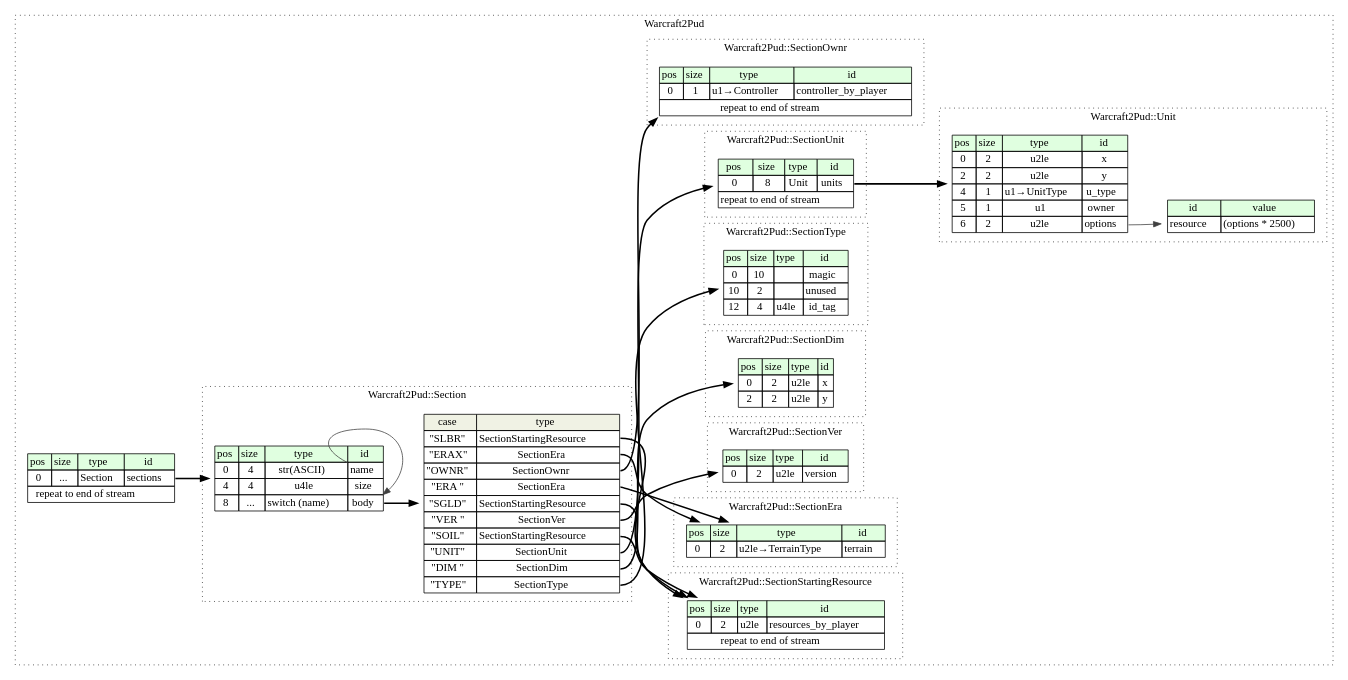
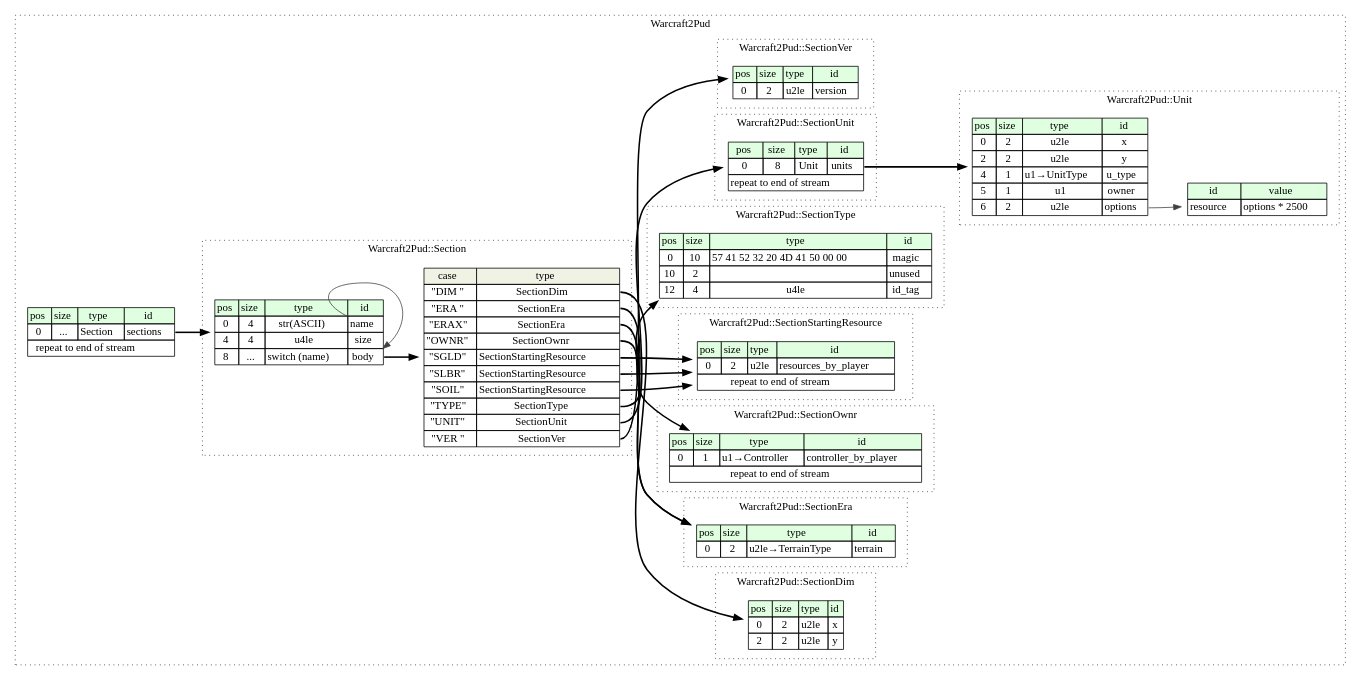
One commit to kaitai-io/formats-kaitai-io.github.io changed the diagram in warcraft_2_pud/src/graphviz/warcraft_2_pud.dot. Above: the diagram before and after it, drawn with Graphviz. The commit also changed 6539 other files, not shown here.

```diff
--- a/warcraft_2_pud/src/graphviz/warcraft_2_pud.dot
+++ b/warcraft_2_pud/src/graphviz/warcraft_2_pud.dot
@@ -1,139 +1,139 @@
 digraph {
 	rankdir=LR;
 	node [shape=plaintext];
 	subgraph cluster__warcraft_2_pud {
 		label="Warcraft2Pud";
 		graph[style=dotted];
 
 		warcraft_2_pud__seq [label=<<TABLE BORDER="0" CELLBORDER="1" CELLSPACING="0">
 			<TR><TD BGCOLOR="#E0FFE0">pos</TD><TD BGCOLOR="#E0FFE0">size</TD><TD BGCOLOR="#E0FFE0">type</TD><TD BGCOLOR="#E0FFE0">id</TD></TR>
 			<TR><TD PORT="sections_pos">0</TD><TD PORT="sections_size">...</TD><TD>Section</TD><TD PORT="sections_type">sections</TD></TR>
 			<TR><TD COLSPAN="4" PORT="sections__repeat">repeat to end of stream</TD></TR>
 		</TABLE>>];
-		subgraph cluster__section_starting_resource {
-			label="Warcraft2Pud::SectionStartingResource";
+		subgraph cluster__section {
+			label="Warcraft2Pud::Section";
 			graph[style=dotted];
 
-			section_starting_resource__seq [label=<<TABLE BORDER="0" CELLBORDER="1" CELLSPACING="0">
+			section__seq [label=<<TABLE BORDER="0" CELLBORDER="1" CELLSPACING="0">
 				<TR><TD BGCOLOR="#E0FFE0">pos</TD><TD BGCOLOR="#E0FFE0">size</TD><TD BGCOLOR="#E0FFE0">type</TD><TD BGCOLOR="#E0FFE0">id</TD></TR>
-				<TR><TD PORT="resources_by_player_pos">0</TD><TD PORT="resources_by_player_size">2</TD><TD>u2le</TD><TD PORT="resources_by_player_type">resources_by_player</TD></TR>
-				<TR><TD COLSPAN="4" PORT="resources_by_player__repeat">repeat to end of stream</TD></TR>
+				<TR><TD PORT="name_pos">0</TD><TD PORT="name_size">4</TD><TD>str(ASCII)</TD><TD PORT="name_type">name</TD></TR>
+				<TR><TD PORT="size_pos">4</TD><TD PORT="size_size">4</TD><TD>u4le</TD><TD PORT="size_type">size</TD></TR>
+				<TR><TD PORT="body_pos">8</TD><TD PORT="body_size">...</TD><TD>switch (name)</TD><TD PORT="body_type">body</TD></TR>
+			</TABLE>>];
+section__seq_body_switch [label=<<TABLE BORDER="0" CELLBORDER="1" CELLSPACING="0">
+	<TR><TD BGCOLOR="#F0F2E4">case</TD><TD BGCOLOR="#F0F2E4">type</TD></TR>
+	<TR><TD>&quot;DIM &quot;</TD><TD PORT="case0">SectionDim</TD></TR>
+	<TR><TD>&quot;ERA &quot;</TD><TD PORT="case1">SectionEra</TD></TR>
+	<TR><TD>&quot;ERAX&quot;</TD><TD PORT="case2">SectionEra</TD></TR>
+	<TR><TD>&quot;OWNR&quot;</TD><TD PORT="case3">SectionOwnr</TD></TR>
+	<TR><TD>&quot;SGLD&quot;</TD><TD PORT="case4">SectionStartingResource</TD></TR>
+	<TR><TD>&quot;SLBR&quot;</TD><TD PORT="case5">SectionStartingResource</TD></TR>
+	<TR><TD>&quot;SOIL&quot;</TD><TD PORT="case6">SectionStartingResource</TD></TR>
+	<TR><TD>&quot;TYPE&quot;</TD><TD PORT="case7">SectionType</TD></TR>
+	<TR><TD>&quot;UNIT&quot;</TD><TD PORT="case8">SectionUnit</TD></TR>
+	<TR><TD>&quot;VER &quot;</TD><TD PORT="case9">SectionVer</TD></TR>
+</TABLE>>];
+		}
+		subgraph cluster__section_dim {
+			label="Warcraft2Pud::SectionDim";
+			graph[style=dotted];
+
+			section_dim__seq [label=<<TABLE BORDER="0" CELLBORDER="1" CELLSPACING="0">
+				<TR><TD BGCOLOR="#E0FFE0">pos</TD><TD BGCOLOR="#E0FFE0">size</TD><TD BGCOLOR="#E0FFE0">type</TD><TD BGCOLOR="#E0FFE0">id</TD></TR>
+				<TR><TD PORT="x_pos">0</TD><TD PORT="x_size">2</TD><TD>u2le</TD><TD PORT="x_type">x</TD></TR>
+				<TR><TD PORT="y_pos">2</TD><TD PORT="y_size">2</TD><TD>u2le</TD><TD PORT="y_type">y</TD></TR>
 			</TABLE>>];
 		}
 		subgraph cluster__section_era {
 			label="Warcraft2Pud::SectionEra";
 			graph[style=dotted];
 
 			section_era__seq [label=<<TABLE BORDER="0" CELLBORDER="1" CELLSPACING="0">
 				<TR><TD BGCOLOR="#E0FFE0">pos</TD><TD BGCOLOR="#E0FFE0">size</TD><TD BGCOLOR="#E0FFE0">type</TD><TD BGCOLOR="#E0FFE0">id</TD></TR>
 				<TR><TD PORT="terrain_pos">0</TD><TD PORT="terrain_size">2</TD><TD>u2le→TerrainType</TD><TD PORT="terrain_type">terrain</TD></TR>
 			</TABLE>>];
 		}
-		subgraph cluster__section_ver {
-			label="Warcraft2Pud::SectionVer";
+		subgraph cluster__section_ownr {
+			label="Warcraft2Pud::SectionOwnr";
 			graph[style=dotted];
 
-			section_ver__seq [label=<<TABLE BORDER="0" CELLBORDER="1" CELLSPACING="0">
+			section_ownr__seq [label=<<TABLE BORDER="0" CELLBORDER="1" CELLSPACING="0">
 				<TR><TD BGCOLOR="#E0FFE0">pos</TD><TD BGCOLOR="#E0FFE0">size</TD><TD BGCOLOR="#E0FFE0">type</TD><TD BGCOLOR="#E0FFE0">id</TD></TR>
-				<TR><TD PORT="version_pos">0</TD><TD PORT="version_size">2</TD><TD>u2le</TD><TD PORT="version_type">version</TD></TR>
+				<TR><TD PORT="controller_by_player_pos">0</TD><TD PORT="controller_by_player_size">1</TD><TD>u1→Controller</TD><TD PORT="controller_by_player_type">controller_by_player</TD></TR>
+				<TR><TD COLSPAN="4" PORT="controller_by_player__repeat">repeat to end of stream</TD></TR>
 			</TABLE>>];
 		}
-		subgraph cluster__section_dim {
-			label="Warcraft2Pud::SectionDim";
+		subgraph cluster__section_starting_resource {
+			label="Warcraft2Pud::SectionStartingResource";
 			graph[style=dotted];
 
-			section_dim__seq [label=<<TABLE BORDER="0" CELLBORDER="1" CELLSPACING="0">
+			section_starting_resource__seq [label=<<TABLE BORDER="0" CELLBORDER="1" CELLSPACING="0">
 				<TR><TD BGCOLOR="#E0FFE0">pos</TD><TD BGCOLOR="#E0FFE0">size</TD><TD BGCOLOR="#E0FFE0">type</TD><TD BGCOLOR="#E0FFE0">id</TD></TR>
-				<TR><TD PORT="x_pos">0</TD><TD PORT="x_size">2</TD><TD>u2le</TD><TD PORT="x_type">x</TD></TR>
-				<TR><TD PORT="y_pos">2</TD><TD PORT="y_size">2</TD><TD>u2le</TD><TD PORT="y_type">y</TD></TR>
+				<TR><TD PORT="resources_by_player_pos">0</TD><TD PORT="resources_by_player_size">2</TD><TD>u2le</TD><TD PORT="resources_by_player_type">resources_by_player</TD></TR>
+				<TR><TD COLSPAN="4" PORT="resources_by_player__repeat">repeat to end of stream</TD></TR>
 			</TABLE>>];
 		}
 		subgraph cluster__section_type {
 			label="Warcraft2Pud::SectionType";
 			graph[style=dotted];
 
 			section_type__seq [label=<<TABLE BORDER="0" CELLBORDER="1" CELLSPACING="0">
 				<TR><TD BGCOLOR="#E0FFE0">pos</TD><TD BGCOLOR="#E0FFE0">size</TD><TD BGCOLOR="#E0FFE0">type</TD><TD BGCOLOR="#E0FFE0">id</TD></TR>
-				<TR><TD PORT="magic_pos">0</TD><TD PORT="magic_size">10</TD><TD></TD><TD PORT="magic_type">magic</TD></TR>
+				<TR><TD PORT="magic_pos">0</TD><TD PORT="magic_size">10</TD><TD>57 41 52 32 20 4D 41 50 00 00</TD><TD PORT="magic_type">magic</TD></TR>
 				<TR><TD PORT="unused_pos">10</TD><TD PORT="unused_size">2</TD><TD></TD><TD PORT="unused_type">unused</TD></TR>
 				<TR><TD PORT="id_tag_pos">12</TD><TD PORT="id_tag_size">4</TD><TD>u4le</TD><TD PORT="id_tag_type">id_tag</TD></TR>
 			</TABLE>>];
 		}
 		subgraph cluster__section_unit {
 			label="Warcraft2Pud::SectionUnit";
 			graph[style=dotted];
 
 			section_unit__seq [label=<<TABLE BORDER="0" CELLBORDER="1" CELLSPACING="0">
 				<TR><TD BGCOLOR="#E0FFE0">pos</TD><TD BGCOLOR="#E0FFE0">size</TD><TD BGCOLOR="#E0FFE0">type</TD><TD BGCOLOR="#E0FFE0">id</TD></TR>
 				<TR><TD PORT="units_pos">0</TD><TD PORT="units_size">8</TD><TD>Unit</TD><TD PORT="units_type">units</TD></TR>
 				<TR><TD COLSPAN="4" PORT="units__repeat">repeat to end of stream</TD></TR>
 			</TABLE>>];
 		}
-		subgraph cluster__section {
-			label="Warcraft2Pud::Section";
+		subgraph cluster__section_ver {
+			label="Warcraft2Pud::SectionVer";
 			graph[style=dotted];
 
-			section__seq [label=<<TABLE BORDER="0" CELLBORDER="1" CELLSPACING="0">
+			section_ver__seq [label=<<TABLE BORDER="0" CELLBORDER="1" CELLSPACING="0">
 				<TR><TD BGCOLOR="#E0FFE0">pos</TD><TD BGCOLOR="#E0FFE0">size</TD><TD BGCOLOR="#E0FFE0">type</TD><TD BGCOLOR="#E0FFE0">id</TD></TR>
-				<TR><TD PORT="name_pos">0</TD><TD PORT="name_size">4</TD><TD>str(ASCII)</TD><TD PORT="name_type">name</TD></TR>
-				<TR><TD PORT="size_pos">4</TD><TD PORT="size_size">4</TD><TD>u4le</TD><TD PORT="size_type">size</TD></TR>
-				<TR><TD PORT="body_pos">8</TD><TD PORT="body_size">...</TD><TD>switch (name)</TD><TD PORT="body_type">body</TD></TR>
-			</TABLE>>];
-section__seq_body_switch [label=<<TABLE BORDER="0" CELLBORDER="1" CELLSPACING="0">
-	<TR><TD BGCOLOR="#F0F2E4">case</TD><TD BGCOLOR="#F0F2E4">type</TD></TR>
-	<TR><TD>&quot;SLBR&quot;</TD><TD PORT="case0">SectionStartingResource</TD></TR>
-	<TR><TD>&quot;ERAX&quot;</TD><TD PORT="case1">SectionEra</TD></TR>
-	<TR><TD>&quot;OWNR&quot;</TD><TD PORT="case2">SectionOwnr</TD></TR>
-	<TR><TD>&quot;ERA &quot;</TD><TD PORT="case3">SectionEra</TD></TR>
-	<TR><TD>&quot;SGLD&quot;</TD><TD PORT="case4">SectionStartingResource</TD></TR>
-	<TR><TD>&quot;VER &quot;</TD><TD PORT="case5">SectionVer</TD></TR>
-	<TR><TD>&quot;SOIL&quot;</TD><TD PORT="case6">SectionStartingResource</TD></TR>
-	<TR><TD>&quot;UNIT&quot;</TD><TD PORT="case7">SectionUnit</TD></TR>
-	<TR><TD>&quot;DIM &quot;</TD><TD PORT="case8">SectionDim</TD></TR>
-	<TR><TD>&quot;TYPE&quot;</TD><TD PORT="case9">SectionType</TD></TR>
-</TABLE>>];
-		}
-		subgraph cluster__section_ownr {
-			label="Warcraft2Pud::SectionOwnr";
-			graph[style=dotted];
-
-			section_ownr__seq [label=<<TABLE BORDER="0" CELLBORDER="1" CELLSPACING="0">
-				<TR><TD BGCOLOR="#E0FFE0">pos</TD><TD BGCOLOR="#E0FFE0">size</TD><TD BGCOLOR="#E0FFE0">type</TD><TD BGCOLOR="#E0FFE0">id</TD></TR>
-				<TR><TD PORT="controller_by_player_pos">0</TD><TD PORT="controller_by_player_size">1</TD><TD>u1→Controller</TD><TD PORT="controller_by_player_type">controller_by_player</TD></TR>
-				<TR><TD COLSPAN="4" PORT="controller_by_player__repeat">repeat to end of stream</TD></TR>
+				<TR><TD PORT="version_pos">0</TD><TD PORT="version_size">2</TD><TD>u2le</TD><TD PORT="version_type">version</TD></TR>
 			</TABLE>>];
 		}
 		subgraph cluster__unit {
 			label="Warcraft2Pud::Unit";
 			graph[style=dotted];
 
 			unit__seq [label=<<TABLE BORDER="0" CELLBORDER="1" CELLSPACING="0">
 				<TR><TD BGCOLOR="#E0FFE0">pos</TD><TD BGCOLOR="#E0FFE0">size</TD><TD BGCOLOR="#E0FFE0">type</TD><TD BGCOLOR="#E0FFE0">id</TD></TR>
 				<TR><TD PORT="x_pos">0</TD><TD PORT="x_size">2</TD><TD>u2le</TD><TD PORT="x_type">x</TD></TR>
 				<TR><TD PORT="y_pos">2</TD><TD PORT="y_size">2</TD><TD>u2le</TD><TD PORT="y_type">y</TD></TR>
 				<TR><TD PORT="u_type_pos">4</TD><TD PORT="u_type_size">1</TD><TD>u1→UnitType</TD><TD PORT="u_type_type">u_type</TD></TR>
 				<TR><TD PORT="owner_pos">5</TD><TD PORT="owner_size">1</TD><TD>u1</TD><TD PORT="owner_type">owner</TD></TR>
 				<TR><TD PORT="options_pos">6</TD><TD PORT="options_size">2</TD><TD>u2le</TD><TD PORT="options_type">options</TD></TR>
 			</TABLE>>];
 			unit__inst__resource [label=<<TABLE BORDER="0" CELLBORDER="1" CELLSPACING="0">
 				<TR><TD BGCOLOR="#E0FFE0">id</TD><TD BGCOLOR="#E0FFE0">value</TD></TR>
-				<TR><TD>resource</TD><TD>(options * 2500)</TD></TR>
+				<TR><TD>resource</TD><TD>options * 2500</TD></TR>
 			</TABLE>>];
 		}
 	}
 	warcraft_2_pud__seq:sections_type -> section__seq [style=bold];
+	section__seq:body_type -> section__seq_body_switch [style=bold];
+	section__seq_body_switch:case0 -> section_dim__seq [style=bold];
+	section__seq_body_switch:case1 -> section_era__seq [style=bold];
+	section__seq_body_switch:case2 -> section_era__seq [style=bold];
+	section__seq_body_switch:case3 -> section_ownr__seq [style=bold];
+	section__seq_body_switch:case4 -> section_starting_resource__seq [style=bold];
+	section__seq_body_switch:case5 -> section_starting_resource__seq [style=bold];
+	section__seq_body_switch:case6 -> section_starting_resource__seq [style=bold];
+	section__seq_body_switch:case7 -> section_type__seq [style=bold];
+	section__seq_body_switch:case8 -> section_unit__seq [style=bold];
+	section__seq_body_switch:case9 -> section_ver__seq [style=bold];
+	section__seq:name_type -> section__seq:body_type [color="#404040"];
 	section_unit__seq:units_type -> unit__seq [style=bold];
-	section__seq:body_type -> section__seq_body_switch [style=bold];
-	section__seq_body_switch:case0 -> section_starting_resource__seq [style=bold];
-	section__seq_body_switch:case1 -> section_era__seq [style=bold];
-	section__seq_body_switch:case2 -> section_ownr__seq [style=bold];
-	section__seq_body_switch:case3 -> section_era__seq [style=bold];
-	section__seq_body_switch:case4 -> section_starting_resource__seq [style=bold];
-	section__seq_body_switch:case5 -> section_ver__seq [style=bold];
-	section__seq_body_switch:case6 -> section_starting_resource__seq [style=bold];
-	section__seq_body_switch:case7 -> section_unit__seq [style=bold];
-	section__seq_body_switch:case8 -> section_dim__seq [style=bold];
-	section__seq_body_switch:case9 -> section_type__seq [style=bold];
-	section__seq:name_type -> section__seq:body_type [color="#404040"];
 	unit__seq:options_type -> unit__inst__resource [color="#404040"];
 }
```
